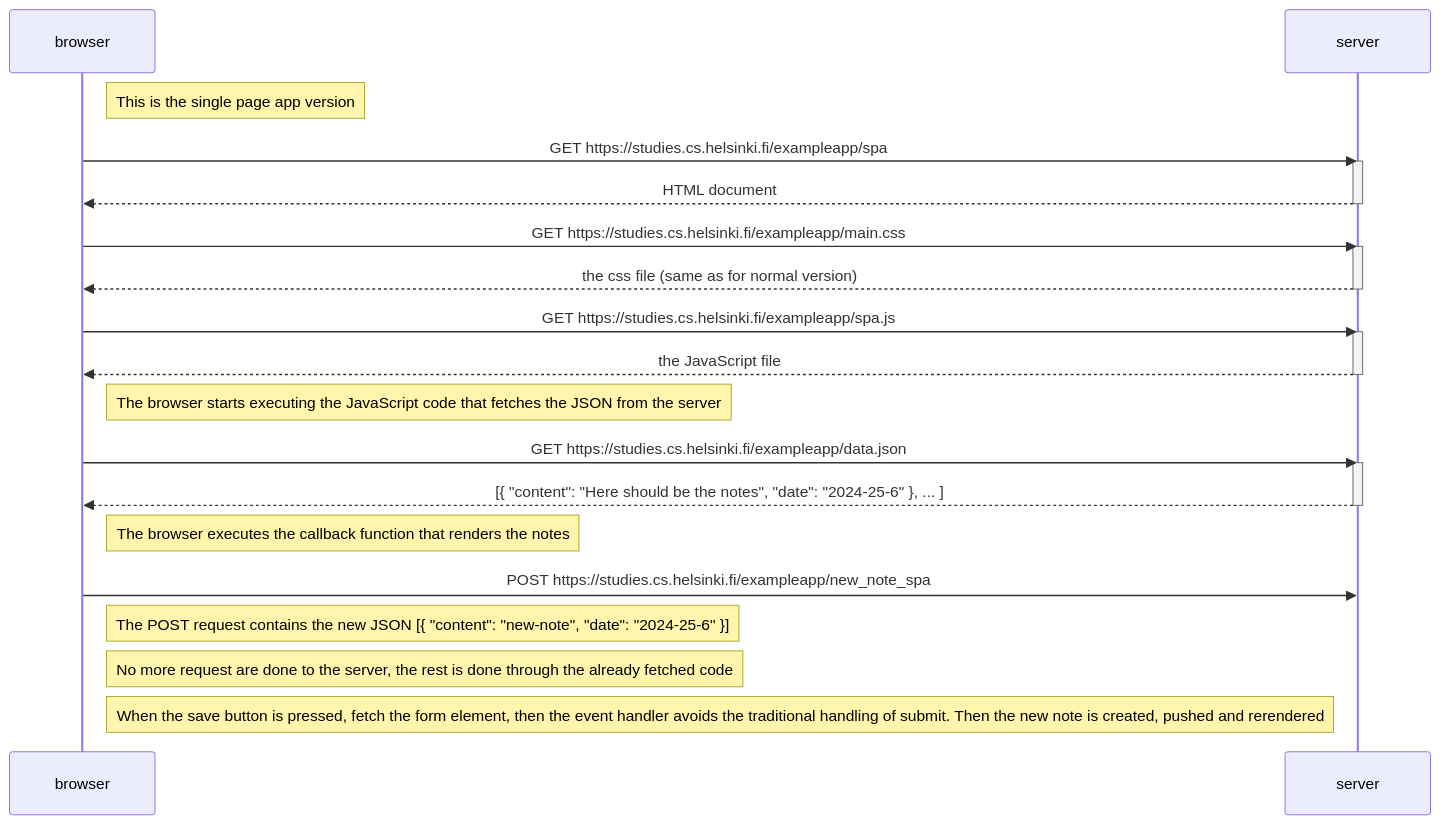
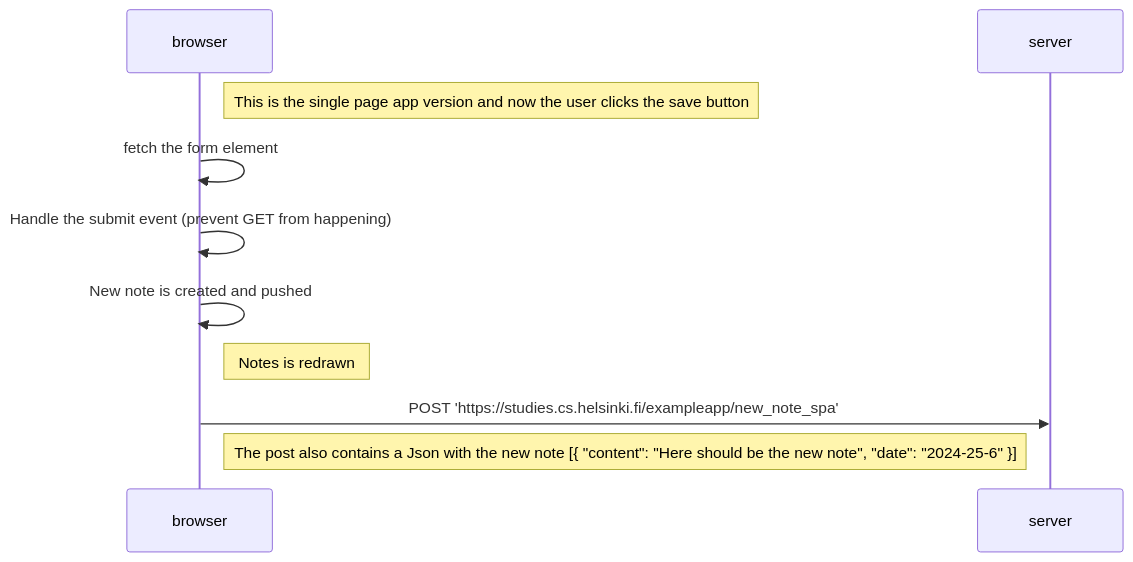
One commit to Dysanp/Fullstack changed the diagram in Part0/06/spa_diagram_save.md. Above: the diagram before and after it, drawn with Mermaid.

Commit message:
Update spa_diagram_save.md
Ex 6

````diff
--- a/Part0/06/spa_diagram_save.md
+++ b/Part0/06/spa_diagram_save.md
@@ -1,38 +1,15 @@
 ```mermaid
 sequenceDiagram
     participant browser
     participant server
 
-    Note right of browser: This is the single page app version 
+    Note right of browser: This is the single page app version and now the user clicks the save button 
 
-    browser->>server: GET https://studies.cs.helsinki.fi/exampleapp/spa
-    activate server
-    server-->>browser: HTML document
-    deactivate server
-
-    browser->>server: GET https://studies.cs.helsinki.fi/exampleapp/main.css
-    activate server
-    server-->>browser: the css file (same as for normal version)
-    deactivate server
-
-    browser->>server: GET https://studies.cs.helsinki.fi/exampleapp/spa.js
-    activate server
-    server-->>browser: the JavaScript file
-    deactivate server
-
-    Note right of browser: The browser starts executing the JavaScript code that fetches the JSON from the server
-
-    browser->>server: GET https://studies.cs.helsinki.fi/exampleapp/data.json
-    activate server
-    server-->>browser: [{ "content": "Here should be the notes", "date": "2024-25-6" }, ... ]
-    deactivate server
-
-    Note right of browser: The browser executes the callback function that renders the notes
-
-    browser->>server: POST https://studies.cs.helsinki.fi/exampleapp/new_note_spa
-    
-    Note right of browser: The POST request contains the new JSON [{ "content": "new-note", "date": "2024-25-6" }]
-    Note right of browser: No more request are done to the server, the rest is done through the already fetched code
-    Note right of browser:  When the save button is pressed, fetch the form element, then the event handler avoids the traditional handling of submit. Then the new note is created, pushed and rerendered
+    browser->>browser: fetch the form element
+    browser->>browser: Handle the submit event (prevent GET from happening)
+    browser->>browser: New note is created and pushed
+    Note right of browser: Notes is redrawn
+    browser->>server: POST 'https://studies.cs.helsinki.fi/exampleapp/new_note_spa'
+    Note right of browser: The post also contains a Json with the new note [{ "content": "Here should be the new note", "date": "2024-25-6" }]
     
 ```
````
